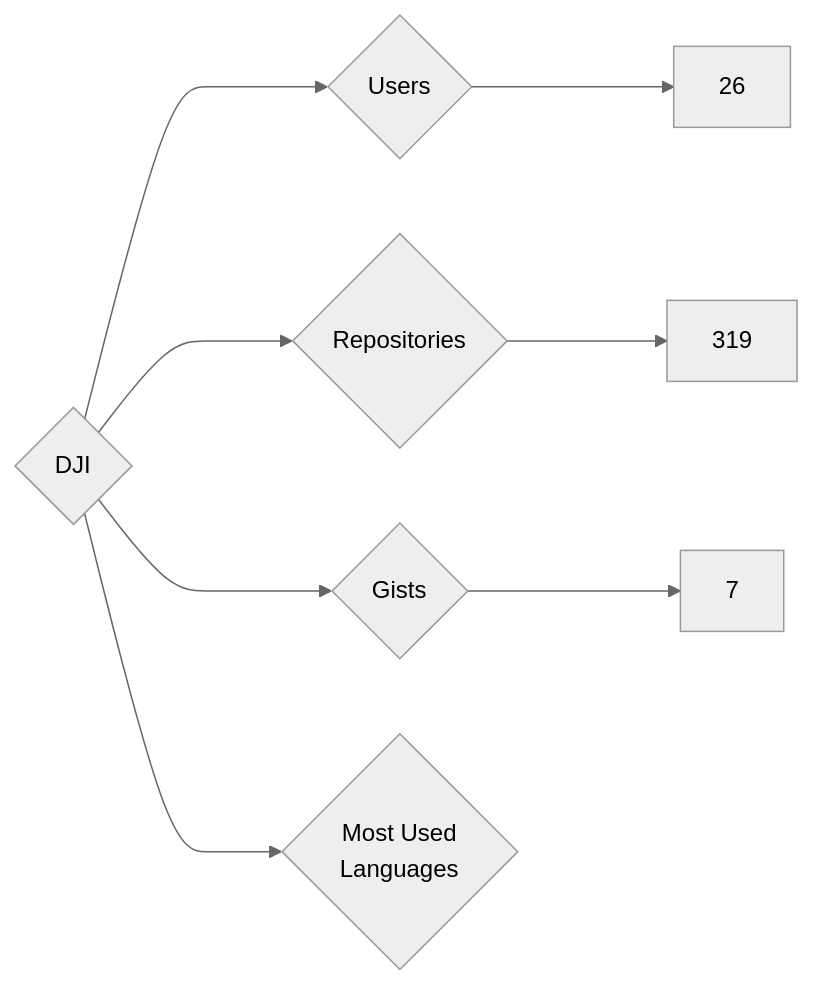
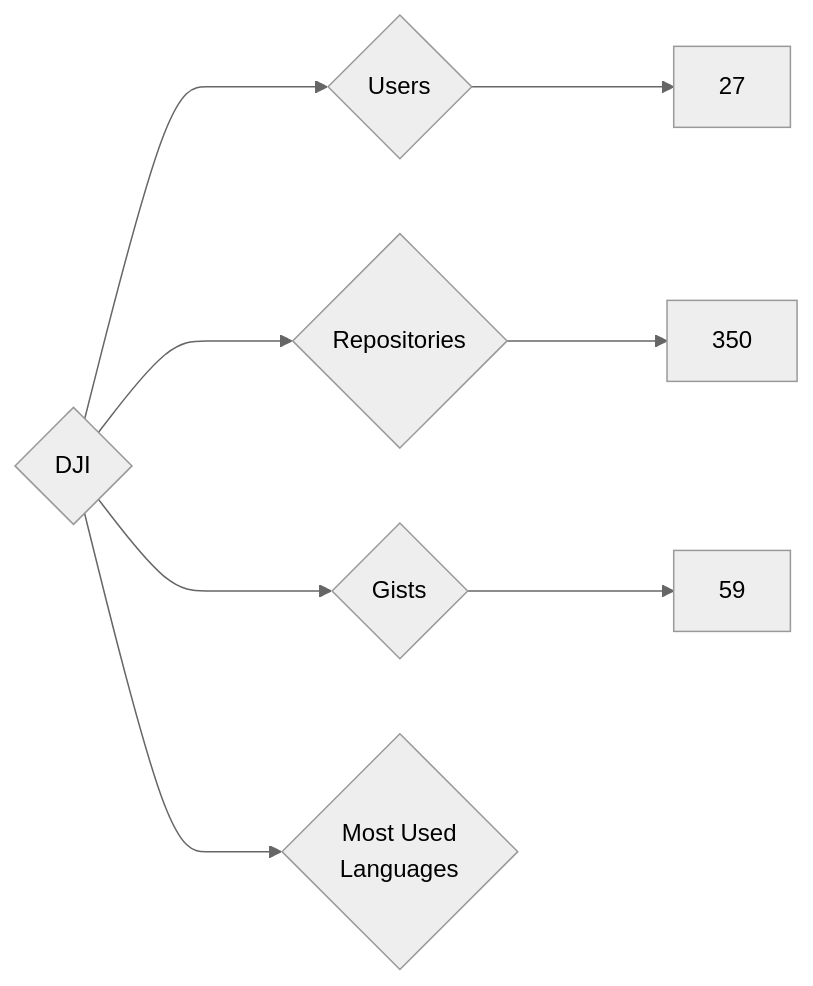
The diagram in targets/DJI/README.md (nenadzaric/insiders), drawn with Mermaid (neutral theme) before and after one commit. The commit also changed 1342 other files, not shown here.

````diff
--- a/targets/DJI/README.md
+++ b/targets/DJI/README.md
@@ -3,8 +3,8 @@
 ```mermaid
 graph LR
 COMPANY_NAME{DJI}
-COMPANY_NAME ---> U{Users} ---> UN[26]
-COMPANY_NAME ---> R{Repositories} ---> RN[319]
-COMPANY_NAME ---> G{Gists} ---> GN[7]
+COMPANY_NAME ---> U{Users} ---> UN[27]
+COMPANY_NAME ---> R{Repositories} ---> RN[350]
+COMPANY_NAME ---> G{Gists} ---> GN[59]
 COMPANY_NAME ---> ML{Most Used<br>Languages}
 ```
````
